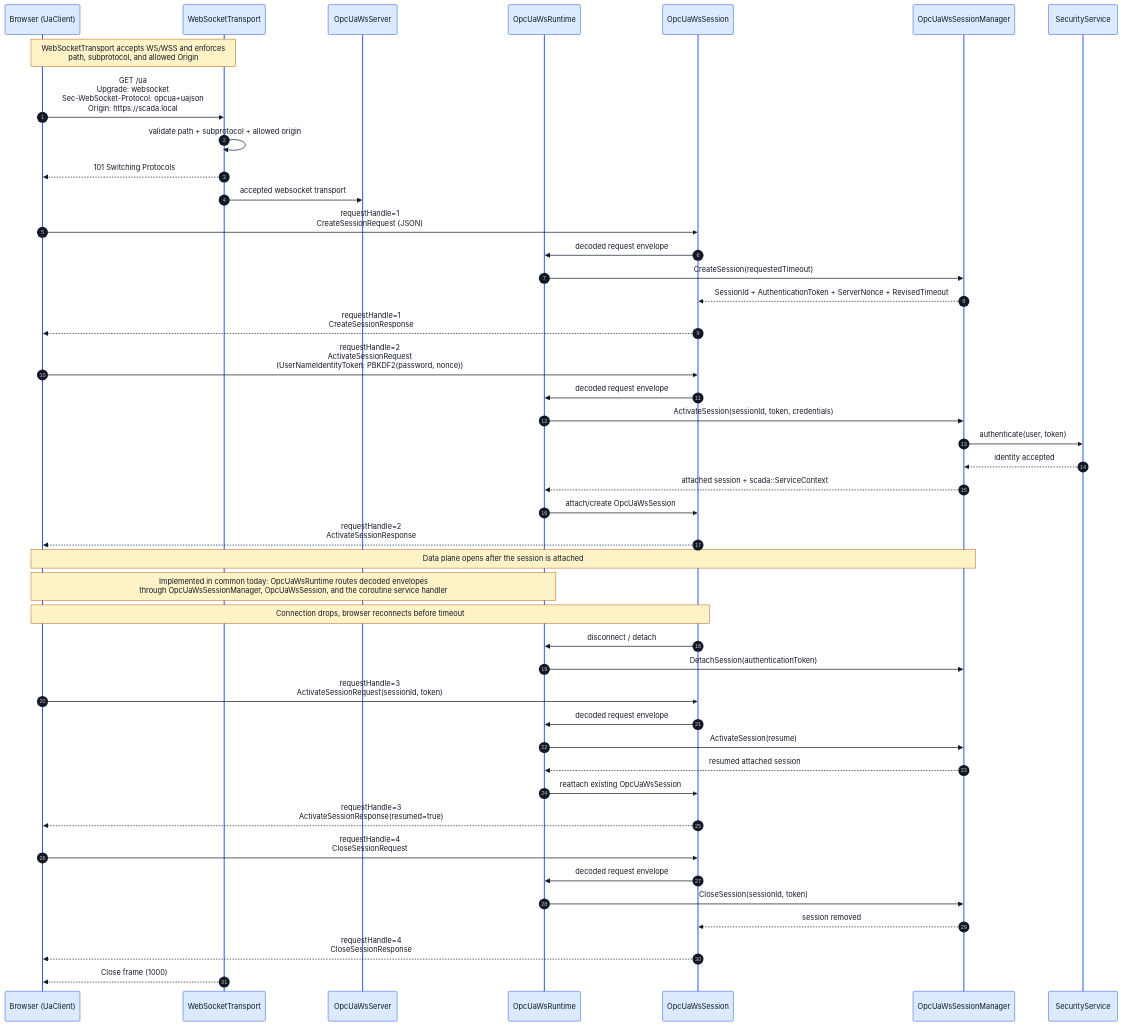
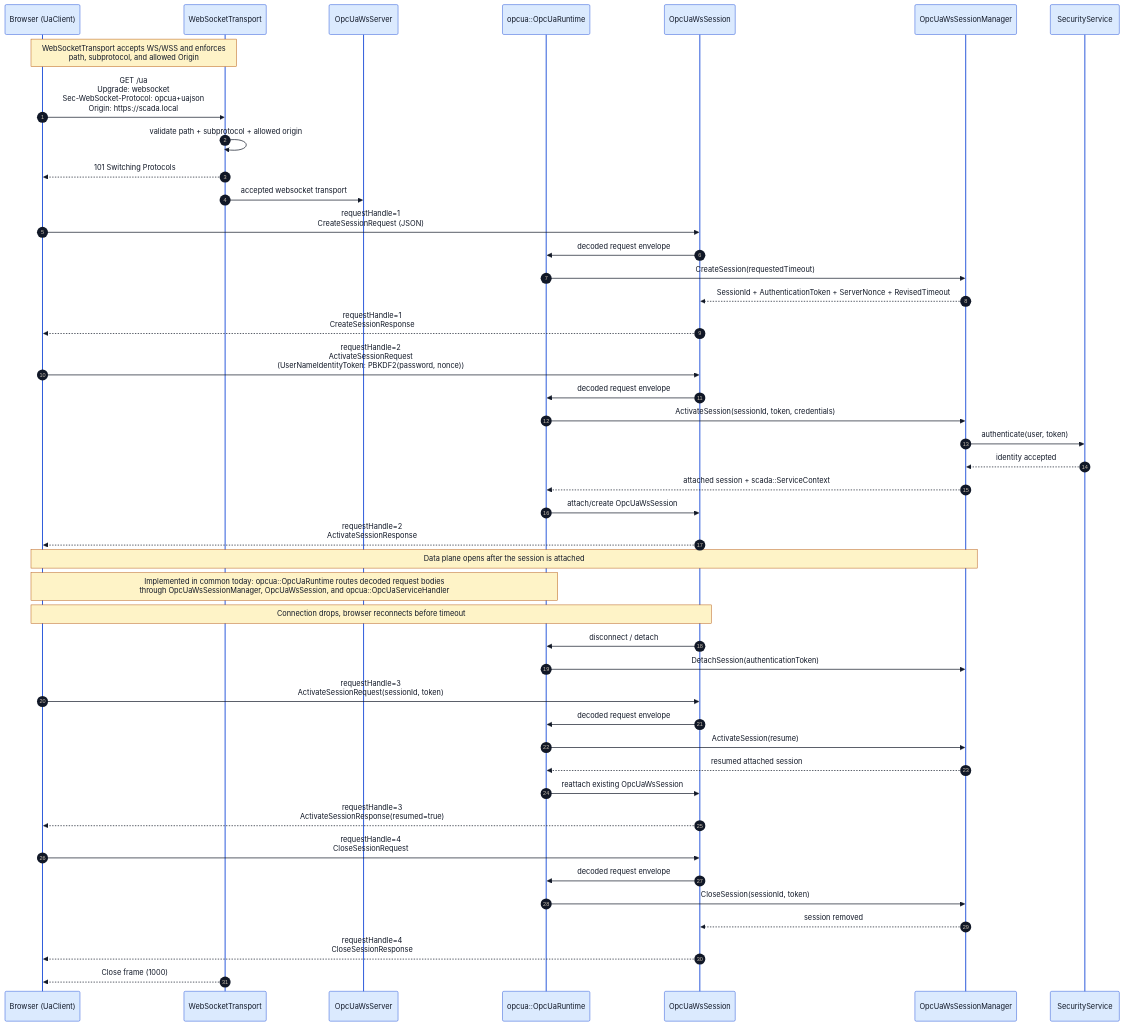
One commit to alexsmn/scada-common changed the diagram in docs/opcua_ws_session_sequence.mmd. Above: the diagram before and after it, drawn with Mermaid. The commit also changed 18 other files, not shown here.

Commit message:
Promote canonical OPC UA runtime contract

```diff
--- a/docs/opcua_ws_session_sequence.mmd
+++ b/docs/opcua_ws_session_sequence.mmd
@@ -1,65 +1,65 @@
 %%{init: {
   'theme': 'base',
   'themeVariables': {
     'background': '#ffffff',
     'primaryColor': '#f3f4f6',
     'primaryBorderColor': '#374151',
     'primaryTextColor': '#111827',
     'lineColor': '#374151',
     'actorBkg': '#dbeafe',
     'actorBorder': '#1d4ed8',
     'actorTextColor': '#111827',
     'noteBkgColor': '#fef3c7',
     'noteBorderColor': '#b45309',
     'noteTextColor': '#111827'
   }
 }}%%
 sequenceDiagram
     autonumber
     participant B as Browser (UaClient)
     participant WST as WebSocketTransport
     participant WS as OpcUaWsServer
-    participant RT as OpcUaWsRuntime
+    participant RT as opcua::OpcUaRuntime
     participant S as OpcUaWsSession
     participant M as OpcUaWsSessionManager
     participant SEC as SecurityService
 
     Note over B,WST: WebSocketTransport accepts WS/WSS and enforces<br/>path, subprotocol, and allowed Origin
     B->>WST: GET /ua<br/>Upgrade: websocket<br/>Sec-WebSocket-Protocol: opcua+uajson<br/>Origin: https://scada.local
     WST->>WST: validate path + subprotocol + allowed origin
     WST-->>B: 101 Switching Protocols
     WST->>WS: accepted websocket transport
     B->>S: requestHandle=1<br/>CreateSessionRequest (JSON)
     S->>RT: decoded request envelope
     RT->>M: CreateSession(requestedTimeout)
     M-->>S: SessionId + AuthenticationToken + ServerNonce + RevisedTimeout
     S-->>B: requestHandle=1<br/>CreateSessionResponse
 
     B->>S: requestHandle=2<br/>ActivateSessionRequest<br/>(UserNameIdentityToken: PBKDF2(password, nonce))
     S->>RT: decoded request envelope
     RT->>M: ActivateSession(sessionId, token, credentials)
     M->>SEC: authenticate(user, token)
     SEC-->>M: identity accepted
     M-->>RT: attached session + scada::ServiceContext
     RT->>S: attach/create OpcUaWsSession
     S-->>B: requestHandle=2<br/>ActivateSessionResponse
 
     Note over B,M: Data plane opens after the session is attached
-    Note over B,RT: Implemented in common today: OpcUaWsRuntime routes decoded envelopes<br/>through OpcUaWsSessionManager, OpcUaWsSession, and the coroutine service handler
+    Note over B,RT: Implemented in common today: opcua::OpcUaRuntime routes decoded request bodies<br/>through OpcUaWsSessionManager, OpcUaWsSession, and opcua::OpcUaServiceHandler
 
     Note over B,S: Connection drops, browser reconnects before timeout
     S->>RT: disconnect / detach
     RT->>M: DetachSession(authenticationToken)
     B->>S: requestHandle=3<br/>ActivateSessionRequest(sessionId, token)
     S->>RT: decoded request envelope
     RT->>M: ActivateSession(resume)
     M-->>RT: resumed attached session
     RT->>S: reattach existing OpcUaWsSession
     S-->>B: requestHandle=3<br/>ActivateSessionResponse(resumed=true)
 
     B->>S: requestHandle=4<br/>CloseSessionRequest
     S->>RT: decoded request envelope
     RT->>M: CloseSession(sessionId, token)
     M-->>S: session removed
     S-->>B: requestHandle=4<br/>CloseSessionResponse
     WST-->>B: Close frame (1000)
```
